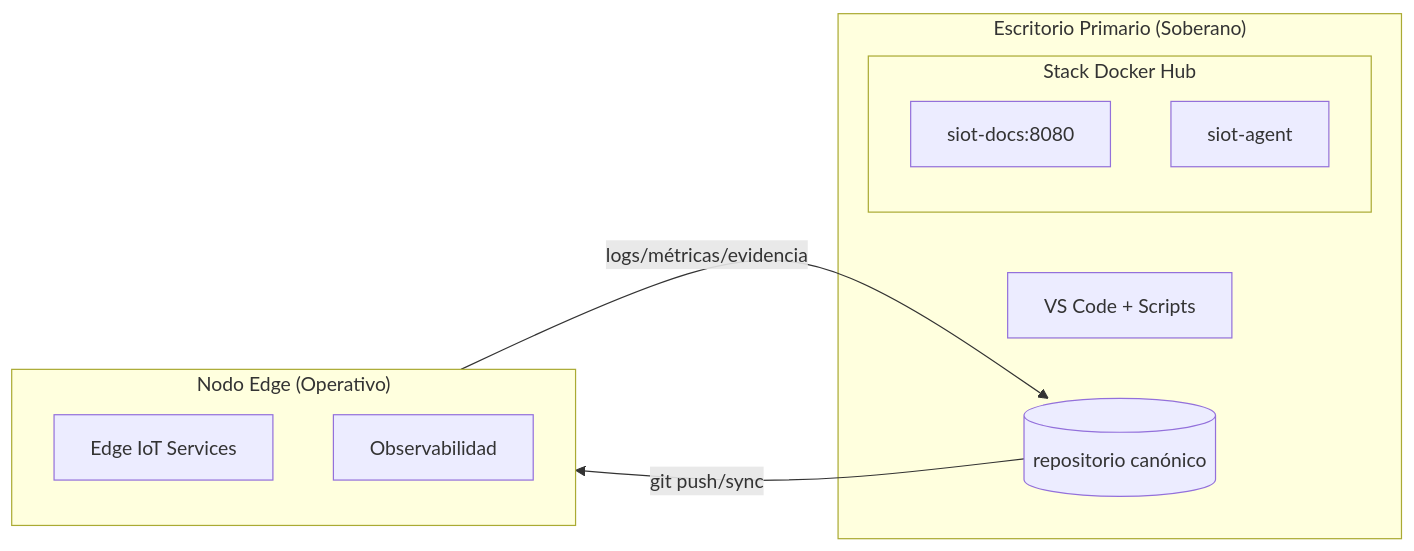
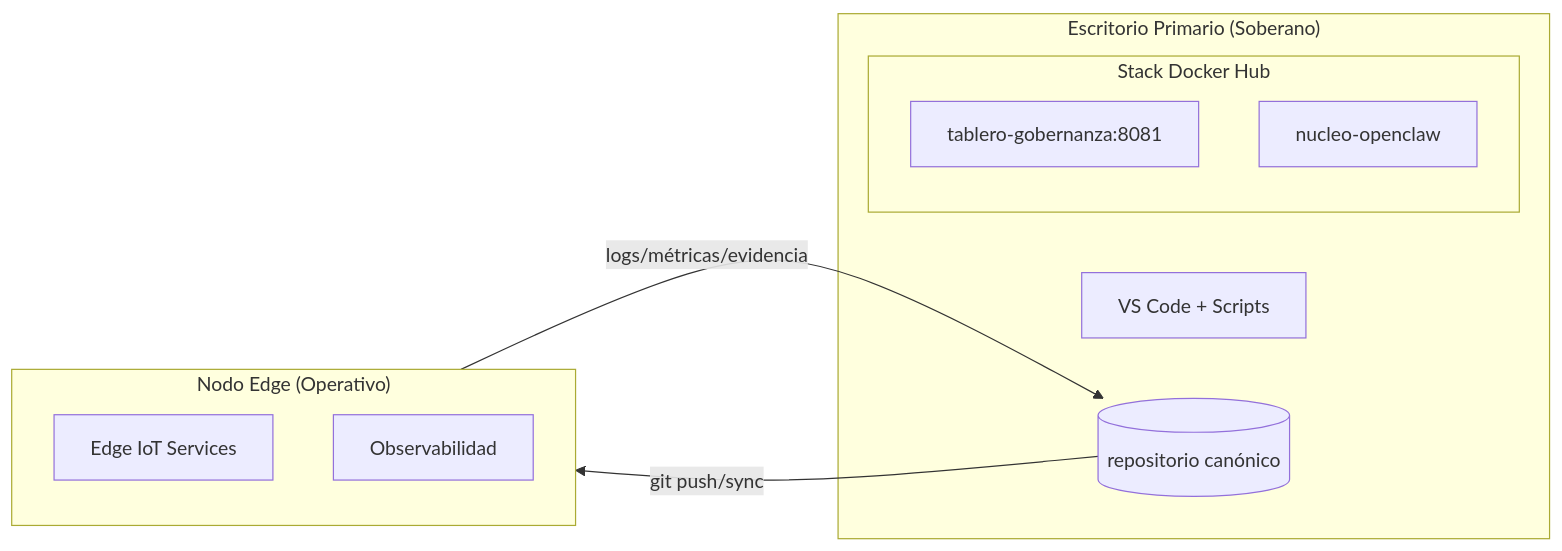
Before and after one commit to Dtcsrni/Sistema_Operativo_Tesis_Publico: the first of 2 diagrams in 00_sistema_tesis/manual_operacion_humana.md, drawn with Mermaid. The commit also changed other lines of this file and 2473 other files, not shown here.

````diff
--- a/00_sistema_tesis/manual_operacion_humana.md
+++ b/00_sistema_tesis/manual_operacion_humana.md
@@ -15,19 +15,19 @@
 ```mermaid
 graph LR
     subgraph PC ["Escritorio Primario (Soberano)"]
         VS[VS Code + Scripts]
         REPO[(repositorio canónico)]
         subgraph DOCKER ["Stack Docker Hub"]
-            SD[siot-docs:8080]
-            SA[siot-agent]
+            SD[tablero-gobernanza:8081]
+            SA[nucleo-openclaw]
         end
     end
 
     subgraph OPI ["Nodo Edge (Operativo)"]
         IOT[Edge IoT Services]
         OBS[Observabilidad]
     end
 
     REPO -- "git push/sync" --> OPI
     OPI -- "logs/métricas/evidencia" --> REPO
 ```
````
